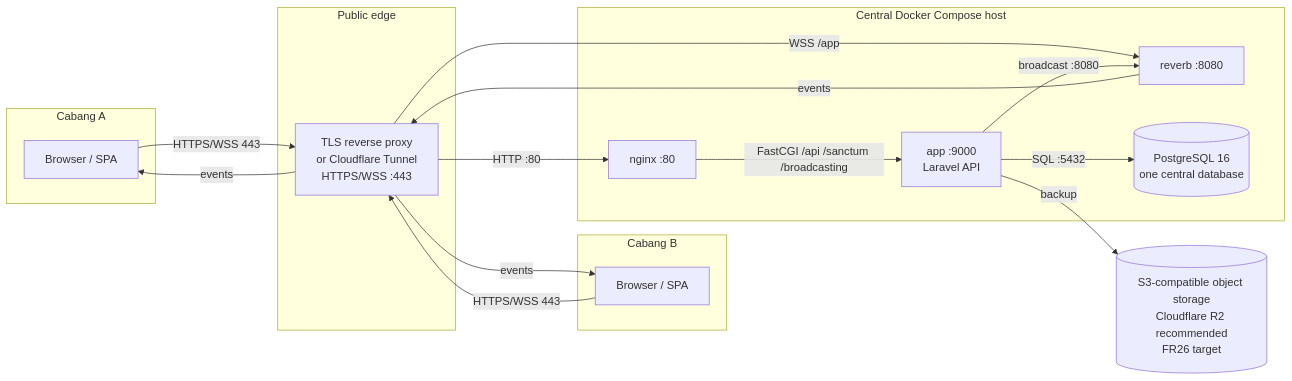
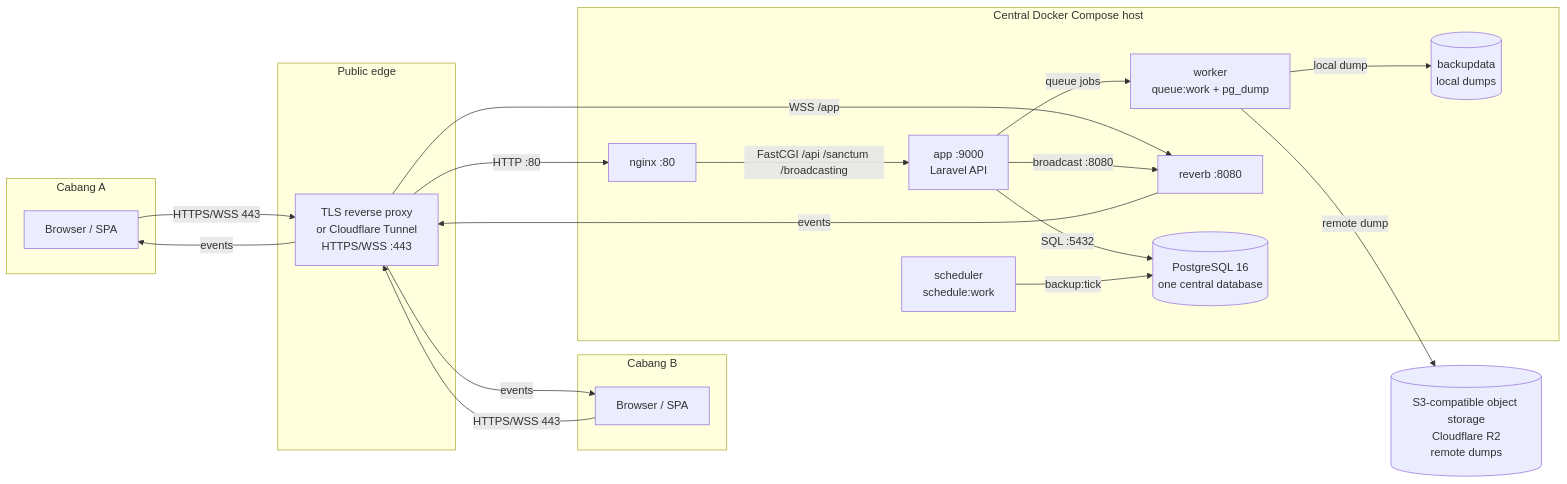
Before and after one commit to Arukast/pos_alja: the second of 2 diagrams in docs/architecture/deployment.md, drawn with Mermaid. The commit also changed other lines of this file and 8 other files, not shown here.

````diff
--- a/docs/architecture/deployment.md
+++ b/docs/architecture/deployment.md
@@ -37,31 +39,37 @@
 ```mermaid
 flowchart LR
     subgraph BRANCH_A["Cabang A"]
         A["Browser / SPA"]
     end
     subgraph BRANCH_B["Cabang B"]
         B["Browser / SPA"]
     end
     subgraph EDGE["Public edge"]
         TLS["TLS reverse proxy<br/>or Cloudflare Tunnel<br/>HTTPS/WSS :443"]
     end
     subgraph HOST["Central Docker Compose host"]
         Nginx["nginx :80"]
         App["app :9000<br/>Laravel API"]
+        Worker["worker<br/>queue:work + pg_dump"]
+        Scheduler["scheduler<br/>schedule:work"]
         Reverb["reverb :8080"]
         DB[("PostgreSQL 16<br/>one central database")]
+        Volume[("backupdata<br/>local dumps")]
     end
-    Backup[("S3-compatible object storage<br/>Cloudflare R2 recommended<br/>FR26 target")]
+    Backup[("S3-compatible object storage<br/>Cloudflare R2<br/>remote dumps")]
 
     A -->|"HTTPS/WSS 443"| TLS
     B -->|"HTTPS/WSS 443"| TLS
     TLS -->|"HTTP :80"| Nginx
     TLS -->|"WSS /app"| Reverb
     Nginx -->|"FastCGI /api /sanctum /broadcasting"| App
     App -->|"SQL :5432"| DB
+    App -->|"queue jobs"| Worker
+    Scheduler -->|"backup:tick"| DB
+    Worker -->|"local dump"| Volume
+    Worker -->|"remote dump"| Backup
     App -->|"broadcast :8080"| Reverb
     Reverb -->|"events"| TLS
     TLS -->|"events"| A
     TLS -->|"events"| B
-    App -->|"backup"| Backup
 ```
````
